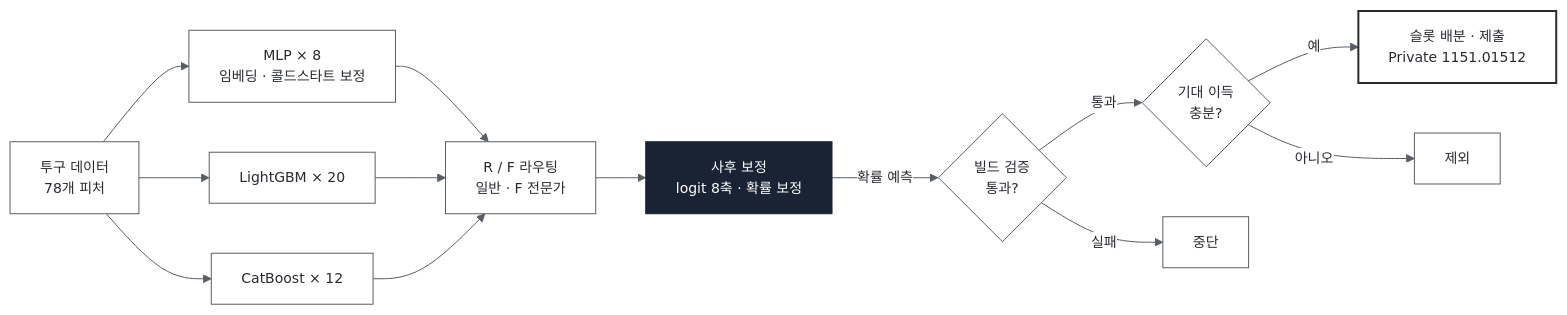
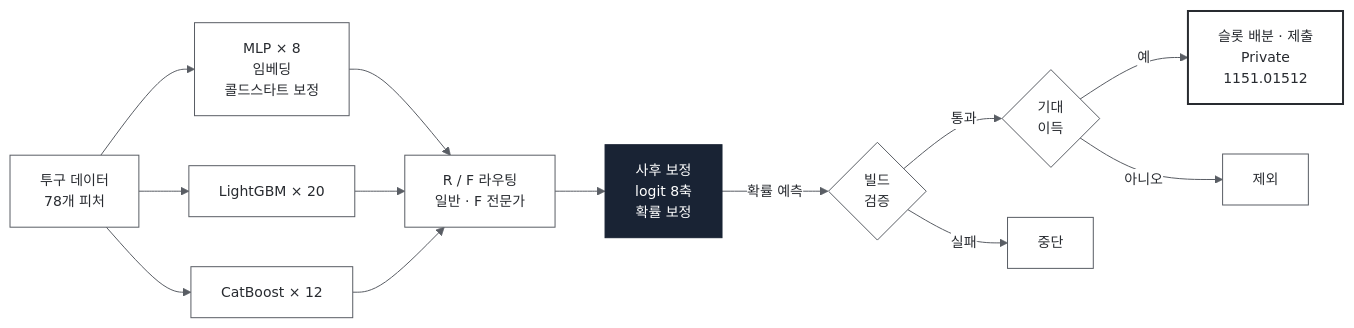
The third of 4 diagrams in README.md (Jinx921/Portfolio), drawn with Mermaid before and after one commit. The commit also changed other lines of this file and 8 other files, not shown here.

First line of the commit message:
Add HCLT 2026 paper and poster, fix clipped diagram labels

````diff
--- a/README.md
+++ b/README.md
@@ -113,15 +113,15 @@
 ```mermaid
-%%{init: {'theme':'base','themeVariables':{'fontFamily':'Pretendard, Inter, sans-serif','fontSize':'14px','primaryColor':'#FFFFFF','primaryTextColor':'#282B30','primaryBorderColor':'#595D64','lineColor':'#595D64','clusterBkg':'#F7F7F5','clusterBorder':'#D9DCE0','edgeLabelBackground':'#FFFFFF','titleColor':'#282B30'}}}%%
+%%{init: {'theme':'base','themeVariables':{'fontFamily':'-apple-system, BlinkMacSystemFont, Apple SD Gothic Neo, Malgun Gothic, sans-serif','fontSize':'14px','primaryColor':'#FFFFFF','primaryTextColor':'#282B30','primaryBorderColor':'#595D64','lineColor':'#595D64','clusterBkg':'#F7F7F5','clusterBorder':'#D9DCE0','edgeLabelBackground':'#FFFFFF','titleColor':'#282B30'}}}%%
 flowchart LR
-    X["투구 데이터<br/>78개 피처"] --> N["MLP × 8<br/>임베딩 · 콜드스타트 보정"] & L["LightGBM × 20"] & C["CatBoost × 12"]
-    N & L & C --> RT["R / F 라우팅<br/>일반 · F 전문가"] --> PH["사후 보정<br/>logit 8축 · 확률 보정"]:::mine
-    PH -->|확률 예측| G1{"빌드 검증<br/>통과?"}
-    G1 -->|통과| G2{"기대 이득<br/>충분?"}
+    X["투구 데이터<br/>78개 피처"] --> N["MLP × 8<br/>임베딩<br/>콜드스타트 보정"] & L["LightGBM × 20"] & C["CatBoost × 12"]
+    N & L & C --> RT["R / F 라우팅<br/>일반 · F 전문가"] --> PH["사후 보정<br/>logit 8축<br/>확률 보정"]:::mine
+    PH -->|확률 예측| G1{"빌드<br/>검증"}
+    G1 -->|통과| G2{"기대<br/>이득"}
     G1 -->|실패| ST["중단"]
-    G2 -->|예| SUB["슬롯 배분 · 제출<br/>Private 1151.01512"]:::out
+    G2 -->|예| SUB["슬롯 배분 · 제출<br/>Private<br/>1151.01512"]:::out
     G2 -->|아니오| EX["제외"]
     classDef default fill:#FFFFFF,stroke:#595D64,color:#282B30
     classDef mine fill:#192334,stroke:#192334,color:#FFFFFF
     classDef data fill:#F7F7F5,stroke:#D9DCE0,color:#282B30
     classDef out fill:#FFFFFF,stroke:#282B30,stroke-width:2px,color:#282B30
 ```
````
